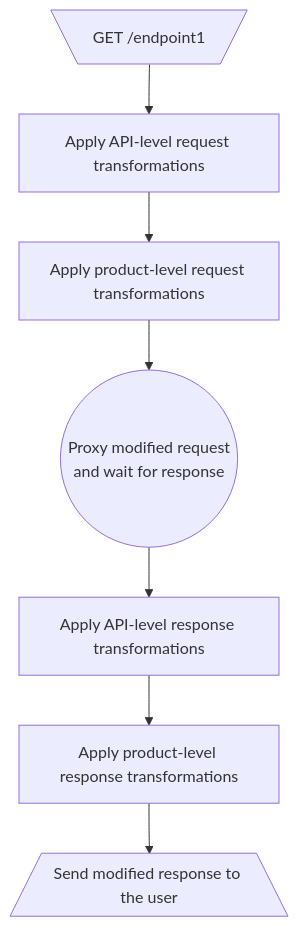
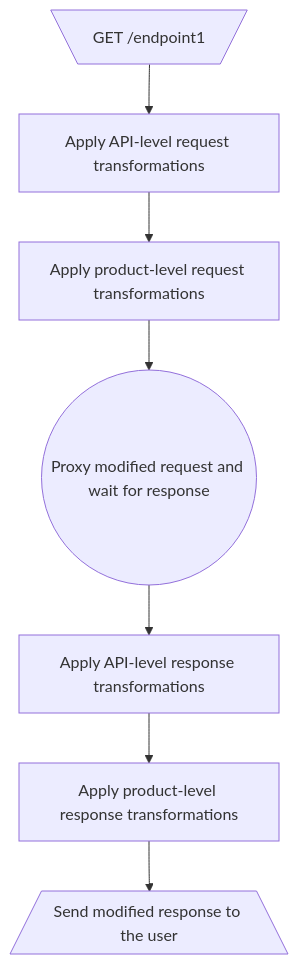
One commit to olschaefer/docs changed the diagram in api-management/transformations.mdx. Above: the diagram before and after it, drawn with Mermaid. The commit also changed other lines of this file, not shown here.

Commit message:
Documentation edits made through Mintlify web editor

````diff
--- a/api-management/transformations.mdx
+++ b/api-management/transformations.mdx
@@ -23,22 +25,21 @@
 ```mermaid
   graph TD
     input[\"GET /endpoint1"/]
 
     apply_api_req_tfs[Apply API-level request transformations]
     apply_product_req_tfs[Apply product-level request transformations]
 
-    proxy_and_wait(("Proxy modified request
-    and wait for response"))
+    proxy_and_wait(("Proxy modified request and wait for response"))
 
     apply_api_resp_tfs[Apply API-level response transformations]
     apply_product_resp_tfs[Apply product-level response transformations]
 
     send_response[/Send modified response to the user\]
 
     input --> apply_api_req_tfs
     apply_api_req_tfs --> apply_product_req_tfs
     apply_product_req_tfs --> proxy_and_wait
     proxy_and_wait --> apply_api_resp_tfs
     apply_api_resp_tfs --> apply_product_resp_tfs
     apply_product_resp_tfs --> send_response
 ```
````
